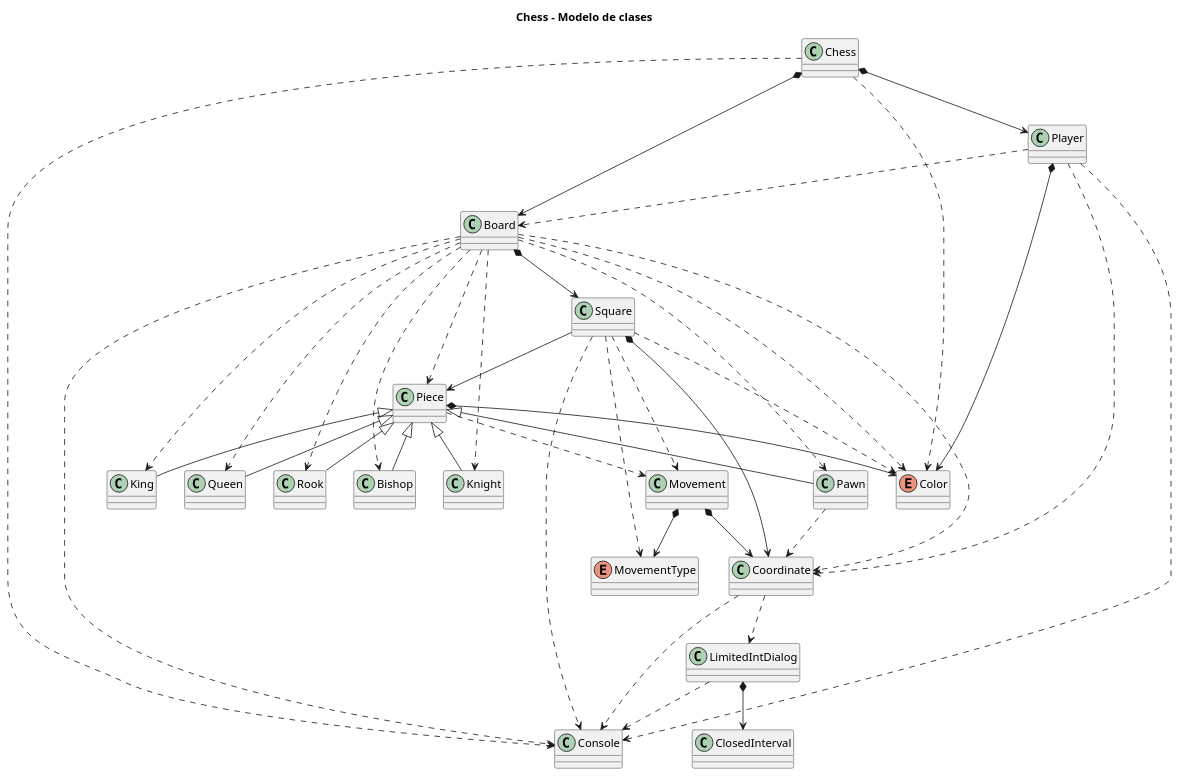
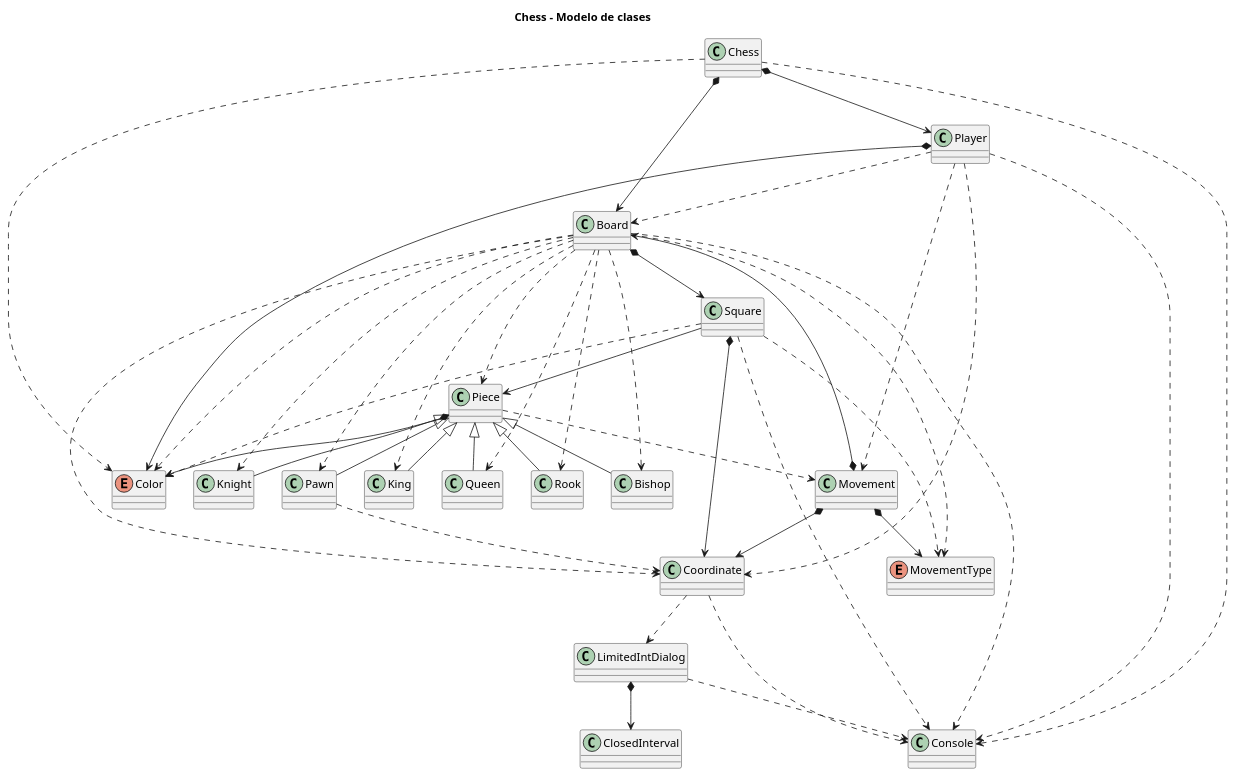
One commit to Master-Desarrollo-20-21/ejercicio-4-ajedrez-polimorfismo-menthil changed the diagram in chess/diagramas/diagrama-clases.puml. Above: the diagram before and after it, drawn with PlantUML. The commit also changed 4 other files, not shown here.

Commit message:
Movement a Player

```diff
--- a/chess/diagramas/diagrama-clases.puml
+++ b/chess/diagramas/diagrama-clases.puml
@@ -1,95 +1,97 @@
 @startuml
 
 title Chess - Modelo de clases
 
 Class Chess
 
 Chess *--> Board
 Chess *--> Player
 Chess ..> Color
 Chess ..> Console
 
 Class Board
 
 Board *--> Square
 Board ..> Coordinate
 Board ..> Color
 Board ..> Piece
 Board ..> King
 Board ..> Queen
 Board ..> Rook
 Board ..> Bishop
 Board ..> Knight
 Board ..> Pawn
 Board ..> Console
+Board ..> MovementType
 
 Class Player
 
 Player *--> Color
 Player ..> Board
 Player ..> Coordinate
 Player ..> Console
+Player ..> Movement
 
 Class Console
 
 Enum Color
 
 Class Square
 
 Square --> Piece
 Square *--> Coordinate
 Square ..> Color
 Square ..> Console
-Square ..> Movement
 Square ..> MovementType
 
 Class Coordinate
 
 Coordinate ..> Console
 Coordinate ..> LimitedIntDialog
 
 Class Piece
 
 Piece *--> Color
 Piece ..> Movement
 
 Class King
 
 Piece <|-- King
 
 Class Queen
 
 Piece <|-- Queen
 
 Class Rook
 
 Piece <|-- Rook
 
 Class Bishop
 
 Piece <|-- Bishop
 
 Class Knight
 
 Piece <|-- Knight
 
 Class Pawn
 
 Piece <|-- Pawn
 Pawn ..> Coordinate
 
 Class Movement
 
+Movement *--> Board
 Movement *--> Coordinate
 Movement *--> MovementType
 
 Enum MovementType 
 
 Class LimitedIntDialog
 
 LimitedIntDialog *--> ClosedInterval
 LimitedIntDialog ..> Console
 
 Class ClosedInterval
 
 @enduml
```
